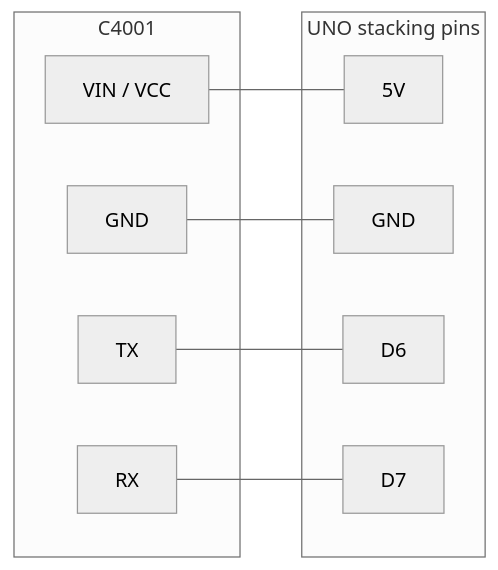
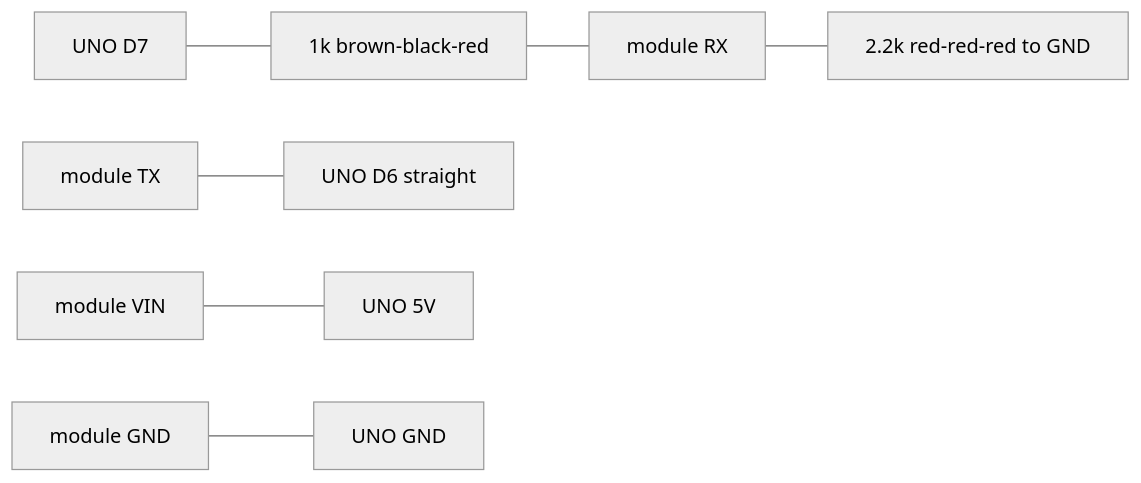
The diagram in README.md (ironsbrodie-svg/-uno-tft-mmwave-presence), drawn with Mermaid (neutral theme) before and after one commit. The commit also changed other lines of this file, not shown here.

````diff
--- a/README.md
+++ b/README.md
@@ -91,19 +97,9 @@
 ```mermaid
 flowchart LR
-  subgraph module [C4001]
-    VCC[VIN / VCC]
-    GND0[GND]
-    TX0[TX]
-    RX0[RX]
-  end
-  subgraph uno [UNO stacking pins]
-    P5V[5V]
-    PGND[GND]
-    D6[D6]
-    D7[D7]
-  end
-  VCC --- P5V
-  GND0 --- PGND
-  TX0 --- D6
-  RX0 --- D7
+  D7[UNO D7] --- R1["1k brown-black-red"]
+  R1 --- RX0[module RX]
+  RX0 --- R2["2.2k red-red-red to GND"]
+  TX0[module TX] --- D6[UNO D6 straight]
+  VCC[module VIN] --- P5V[UNO 5V]
+  GND0[module GND] --- PGND[UNO GND]
 ```
````
